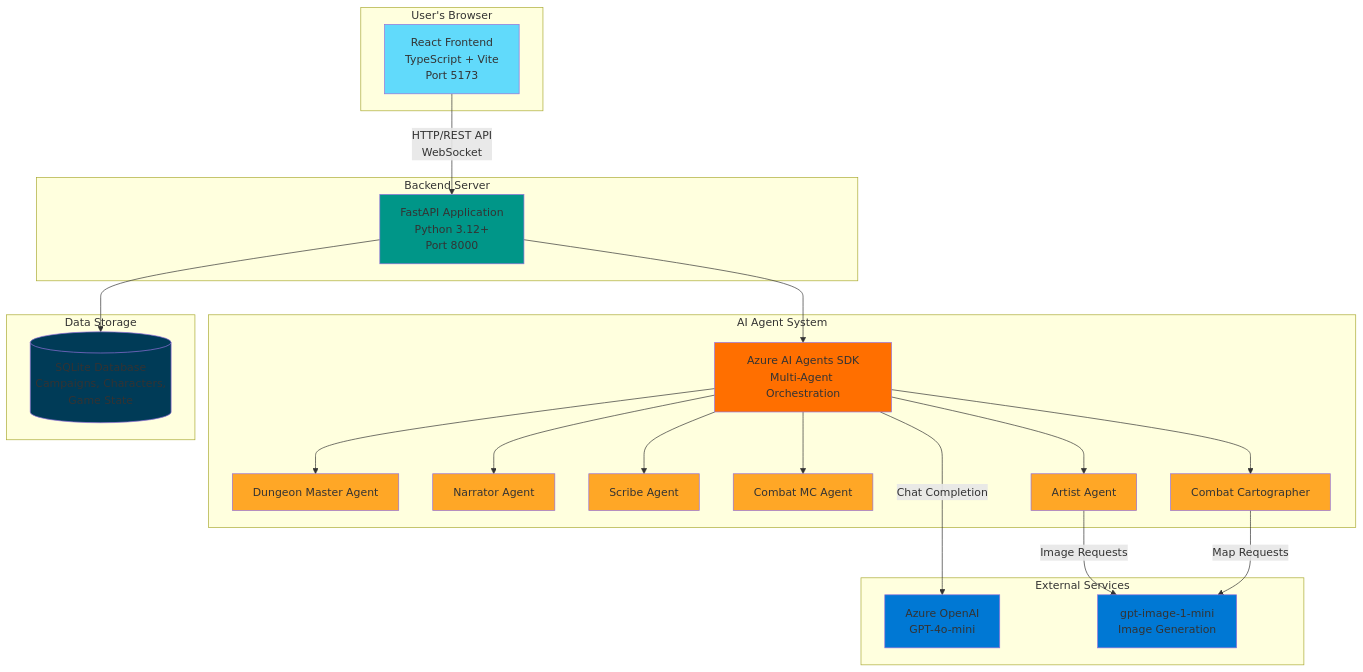
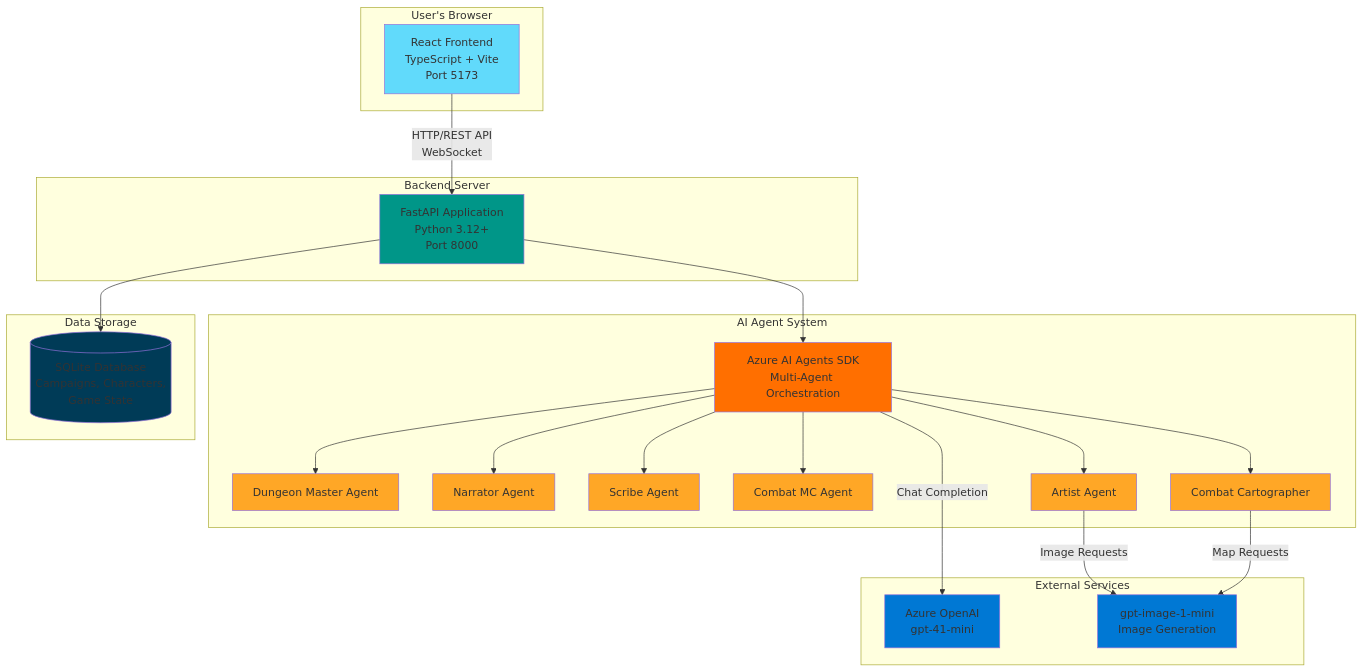
One commit to SecuringTheRealm/str-agentic-adventures changed the second of 16 diagrams in docs/architecture.md. Above: the diagram before and after it, drawn with Mermaid. The commit also changed other lines of this file and 113 other files, not shown here.

````diff
--- a/docs/architecture.md
+++ b/docs/architecture.md
@@ -107,55 +107,55 @@
 ```mermaid
 graph TB
     subgraph "User's Browser"
         Frontend[React Frontend<br/>TypeScript + Vite<br/>Port 5173]
     end
 
     subgraph "Backend Server"
         API[FastAPI Application<br/>Python 3.12+<br/>Port 8000]
     end
 
     subgraph "AI Agent System"
         AgentOrchestrator[Azure AI Agents SDK<br/>Multi-Agent Orchestration]
         DM[Dungeon Master Agent]
         Narrator[Narrator Agent]
         Scribe[Scribe Agent]
         CombatMC[Combat MC Agent]
         Cartographer[Combat Cartographer]
         Artist[Artist Agent]
     end
 
     subgraph "Data Storage"
         SQLite[(SQLite Database<br/>Campaigns, Characters,<br/>Game State)]
     end
 
     subgraph "External Services"
-        AzureOpenAI[Azure OpenAI<br/>GPT-4o-mini]
+        AzureOpenAI[Azure OpenAI<br/>gpt-41-mini]
         DALLE[gpt-image-1-mini<br/>Image Generation]
     end
 
     Frontend -->|HTTP/REST API<br/>WebSocket| API
     API --> AgentOrchestrator
     AgentOrchestrator --> DM
     AgentOrchestrator --> Narrator
     AgentOrchestrator --> Scribe
     AgentOrchestrator --> CombatMC
     AgentOrchestrator --> Cartographer
     AgentOrchestrator --> Artist
     API --> SQLite
     AgentOrchestrator -->|Chat Completion| AzureOpenAI
     Artist -->|Image Requests| DALLE
     Cartographer -->|Map Requests| DALLE
 
     style Frontend fill:#61DAFB
     style API fill:#009688
     style AgentOrchestrator fill:#FF6F00
     style DM fill:#FFA726
     style Narrator fill:#FFA726
     style Scribe fill:#FFA726
     style CombatMC fill:#FFA726
     style Cartographer fill:#FFA726
     style Artist fill:#FFA726
     style SQLite fill:#003B57
     style AzureOpenAI fill:#0078D4
     style DALLE fill:#0078D4
 ```
````
